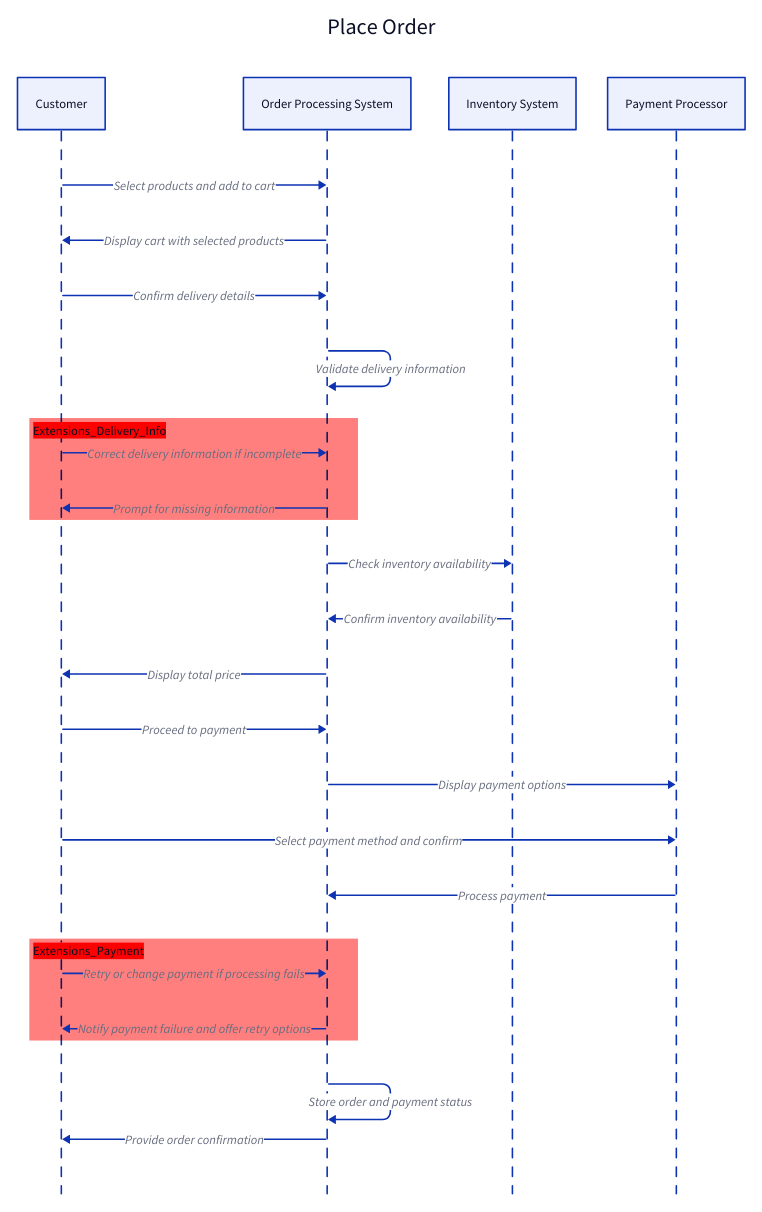
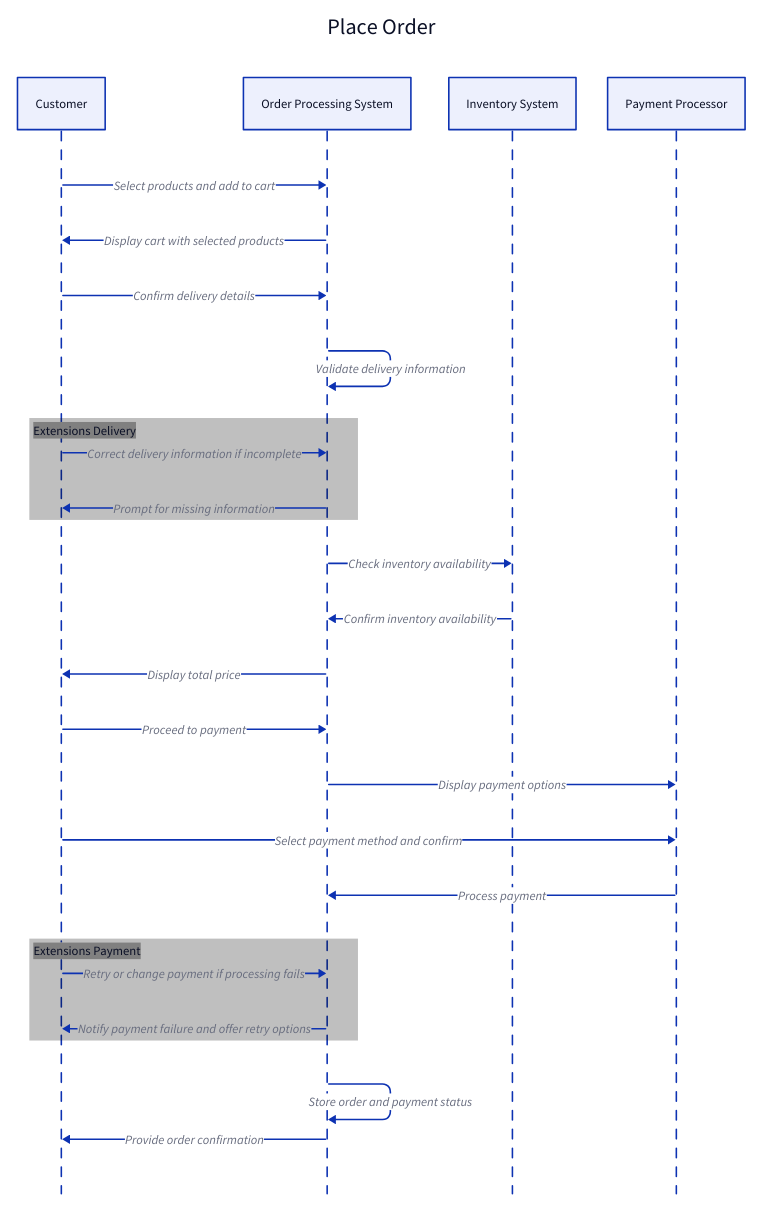
Before and after one commit to Arqamz/hawktu-logistics: the diagram in documentation/diagrams/system-sequence.d2, drawn with D2. The commit also changed 1 other file, not shown here.

Commit message:
system sequence updated

```diff
--- a/documentation/diagrams/system-sequence.d2
+++ b/documentation/diagrams/system-sequence.d2
@@ -1,42 +1,42 @@
 Place Order: {
   shape: sequence_diagram
 
   Customer: "Customer"
   OrderSystem: "Order Processing System"
   Inventory: "Inventory System"
   Payment: "Payment Processor"
 
   Customer -> OrderSystem: "Select products and add to cart"
   OrderSystem -> Customer: "Display cart with selected products"
 
   Customer -> OrderSystem: "Confirm delivery details"
   OrderSystem -> OrderSystem: "Validate delivery information"
 
-  "Extensions_Delivery_Info": {
+  "Extensions Delivery": {
     shape: rectangle
-    style.fill: RED
+    style.fill: Grey
     Customer -> OrderSystem: "Correct delivery information if incomplete"
     OrderSystem -> Customer: "Prompt for missing information"
   }
 
   OrderSystem -> Inventory: "Check inventory availability"
   Inventory -> OrderSystem: "Confirm inventory availability"
 
   OrderSystem -> Customer: "Display total price"
   Customer -> OrderSystem: "Proceed to payment"
 
   OrderSystem -> Payment: "Display payment options"
   Customer -> Payment: "Select payment method and confirm"
   
   Payment -> OrderSystem: "Process payment"
 
-  "Extensions_Payment": {
+  "Extensions Payment": {
     shape: rectangle
-    style.fill: RED
+    style.fill: Grey
     Customer -> OrderSystem: "Retry or change payment if processing fails"
     OrderSystem -> Customer: "Notify payment failure and offer retry options"
   }
 
   OrderSystem -> OrderSystem: "Store order and payment status"
   OrderSystem -> Customer: "Provide order confirmation"
 }
```
